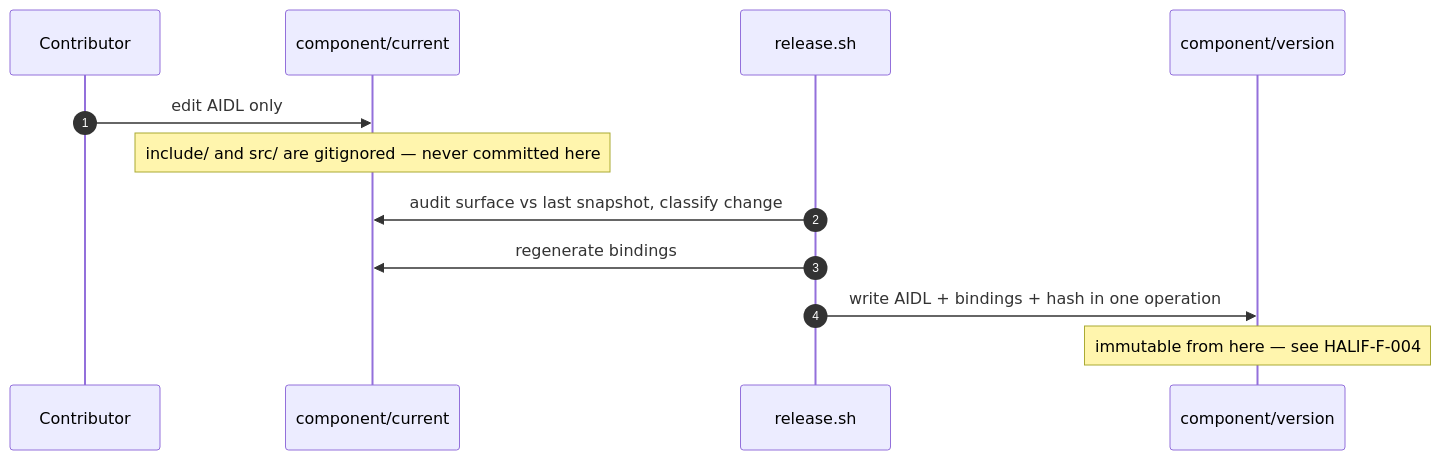
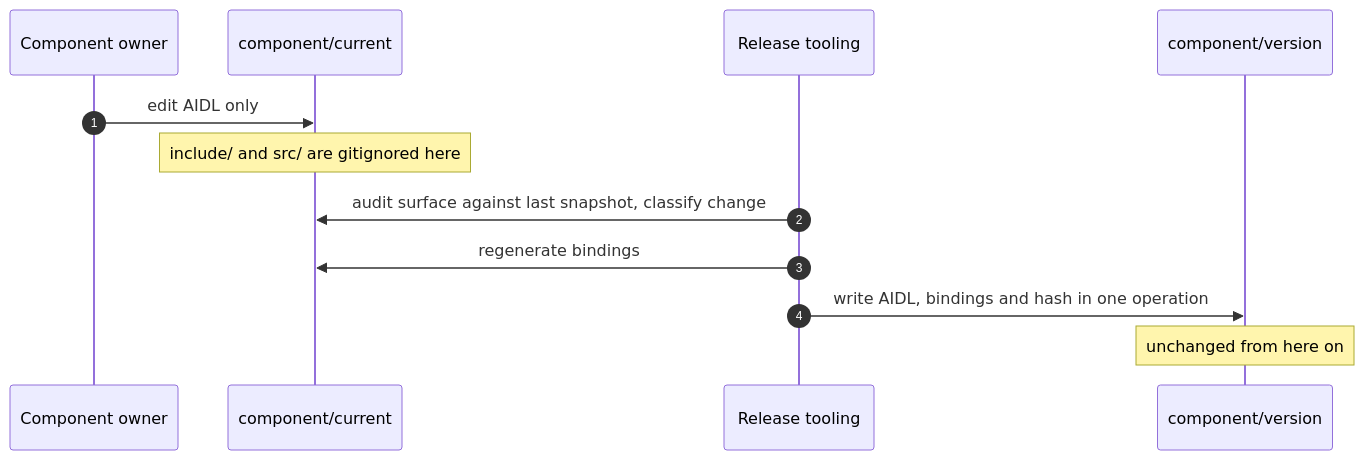
The third of 3 diagrams in docs/architecture/hla-released-snapshot-contents.md (rdkcentral/rdk-halif-aidl), drawn with Mermaid before and after one commit. The commit also changed other lines of this file and 5 other files, not shown here.

````diff
--- a/docs/architecture/hla-released-snapshot-contents.md
+++ b/docs/architecture/hla-released-snapshot-contents.md
@@ -200,15 +192,15 @@
 ```mermaid
 sequenceDiagram
     autonumber
-    participant Dev as Contributor
+    participant Dev as Component owner
     participant Cur as component/current
-    participant Rel as release.sh
+    participant Rel as Release tooling
     participant Snap as component/version
 
     Dev->>Cur: edit AIDL only
-    Note over Cur: include/ and src/ are gitignored — never committed here
-    Rel->>Cur: audit surface vs last snapshot, classify change
+    Note over Cur: include/ and src/ are gitignored here
+    Rel->>Cur: audit surface against last snapshot, classify change
     Rel->>Cur: regenerate bindings
-    Rel->>Snap: write AIDL + bindings + hash in one operation
-    Note over Snap: immutable from here — see HALIF-F-004
+    Rel->>Snap: write AIDL, bindings and hash in one operation
+    Note over Snap: unchanged from here on
 ```
````
